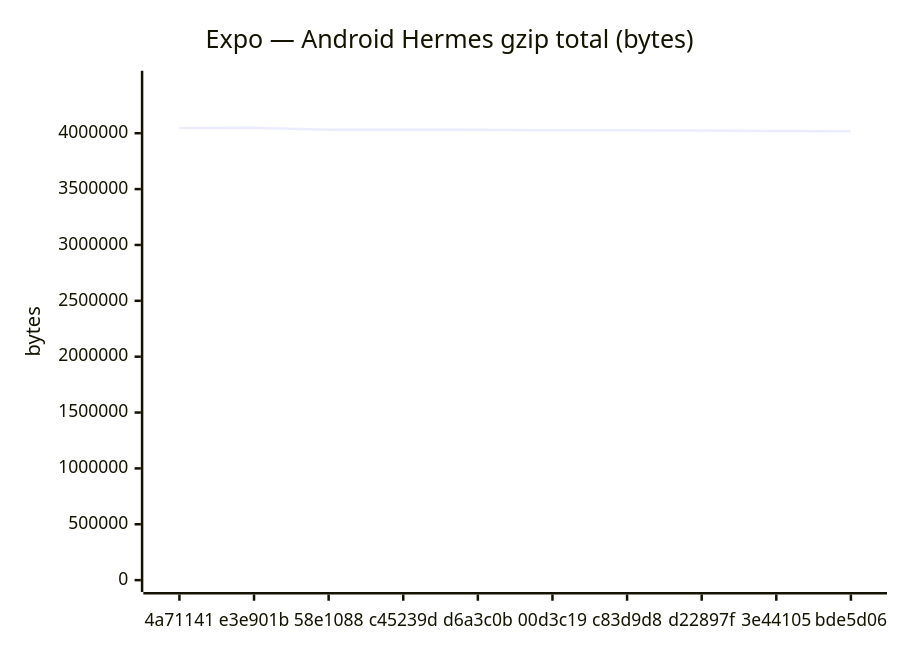
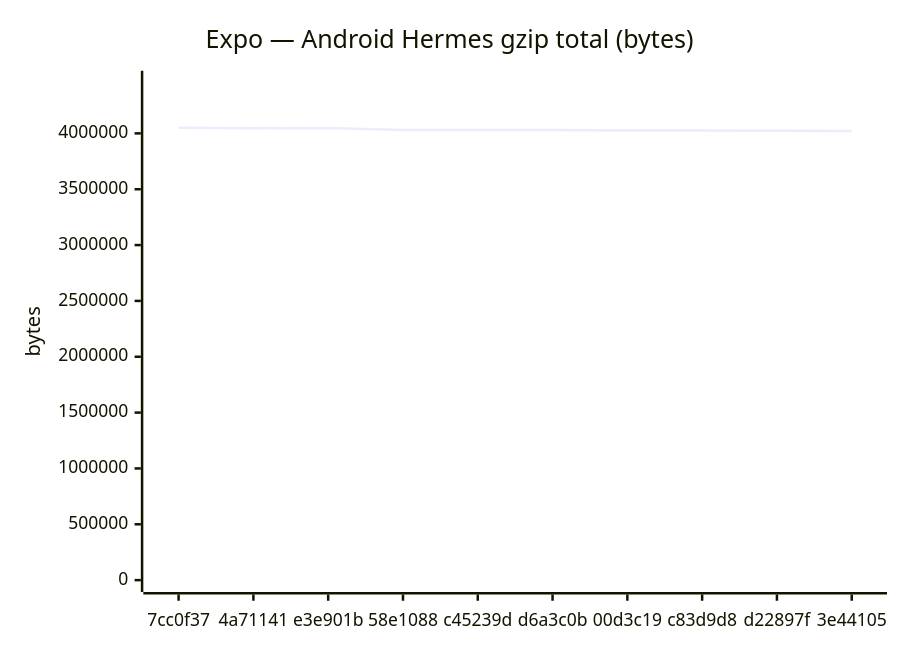
The fifth of 18 diagrams in benchmarks/compare.md (Metaheurist/Rianell), drawn with Mermaid before and after one commit. The commit also changed other lines of this file and 11 other files, not shown here.

````diff
--- a/benchmarks/compare.md
+++ b/benchmarks/compare.md
@@ -89,7 +89,7 @@
 ```mermaid
 xychart-beta
     title "Expo — Android Hermes gzip total (bytes)"
-    x-axis ["4a71141", "e3e901b", "58e1088", "c45239d", "d6a3c0b", "00d3c19", "c83d9d8", "d22897f", "3e44105", "bde5d06"]
-    y-axis "bytes" 0 --> 4452901
-    line [4046554, 4048091, 4030638, 4030634, 4030639, 4025609, 4026084, 4023969, 4020690, 4016661]
+    x-axis ["7cc0f37", "4a71141", "e3e901b", "58e1088", "c45239d", "d6a3c0b", "00d3c19", "c83d9d8", "d22897f", "3e44105"]
+    y-axis "bytes" 0 --> 4454393
+    line [4049448, 4046554, 4048091, 4030638, 4030634, 4030639, 4025609, 4026084, 4023969, 4020690]
 ```
````
